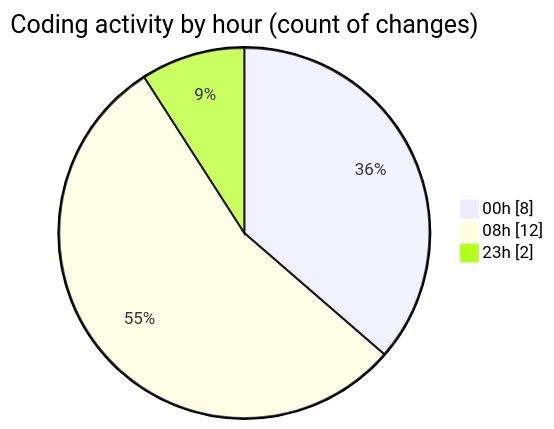
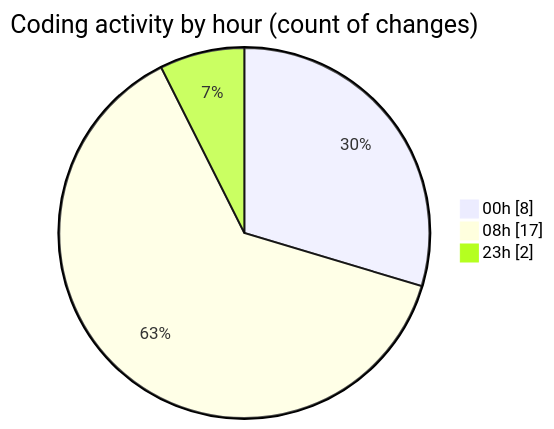
The second of 2 diagrams in 2025-08-13/ribbon/README.md (EIIisD/code-tracking), drawn with Mermaid before and after one commit. The commit also changed other lines of this file and 1 other file, not shown here.

````diff
--- a/2025-08-13/ribbon/README.md
+++ b/2025-08-13/ribbon/README.md
@@ -35,7 +35,7 @@
 ```mermaid
 pie showData
 title Coding activity by hour (count of changes)
 "00h" : 8
-"08h" : 12
+"08h" : 17
 "23h" : 2
 ```
````
